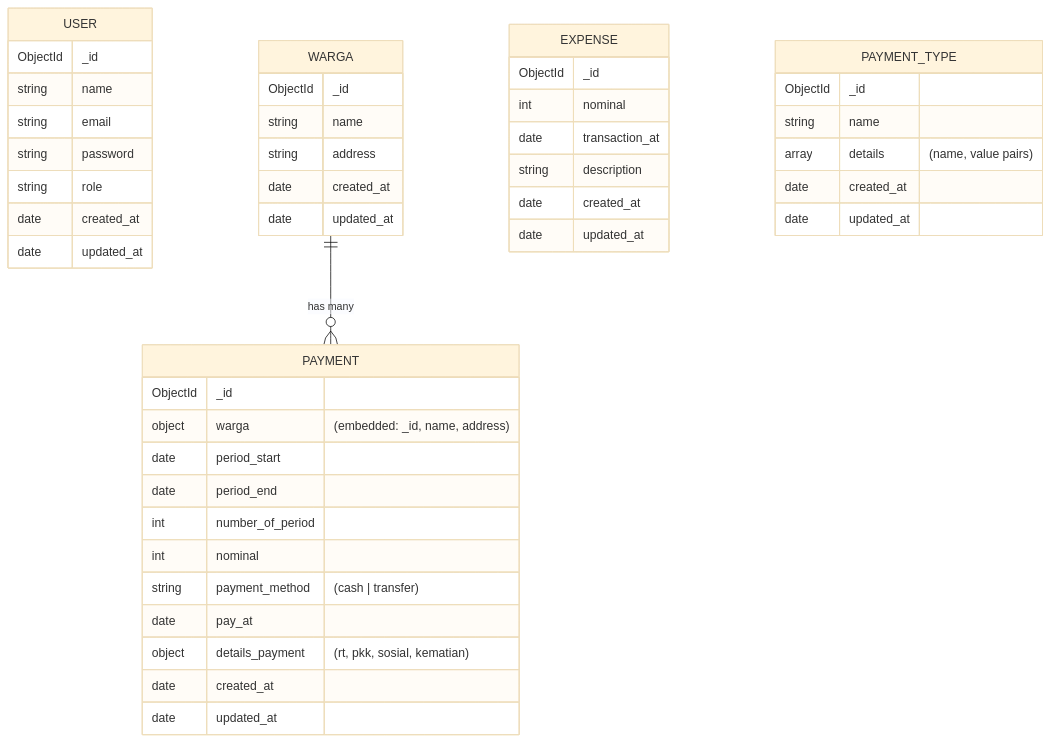
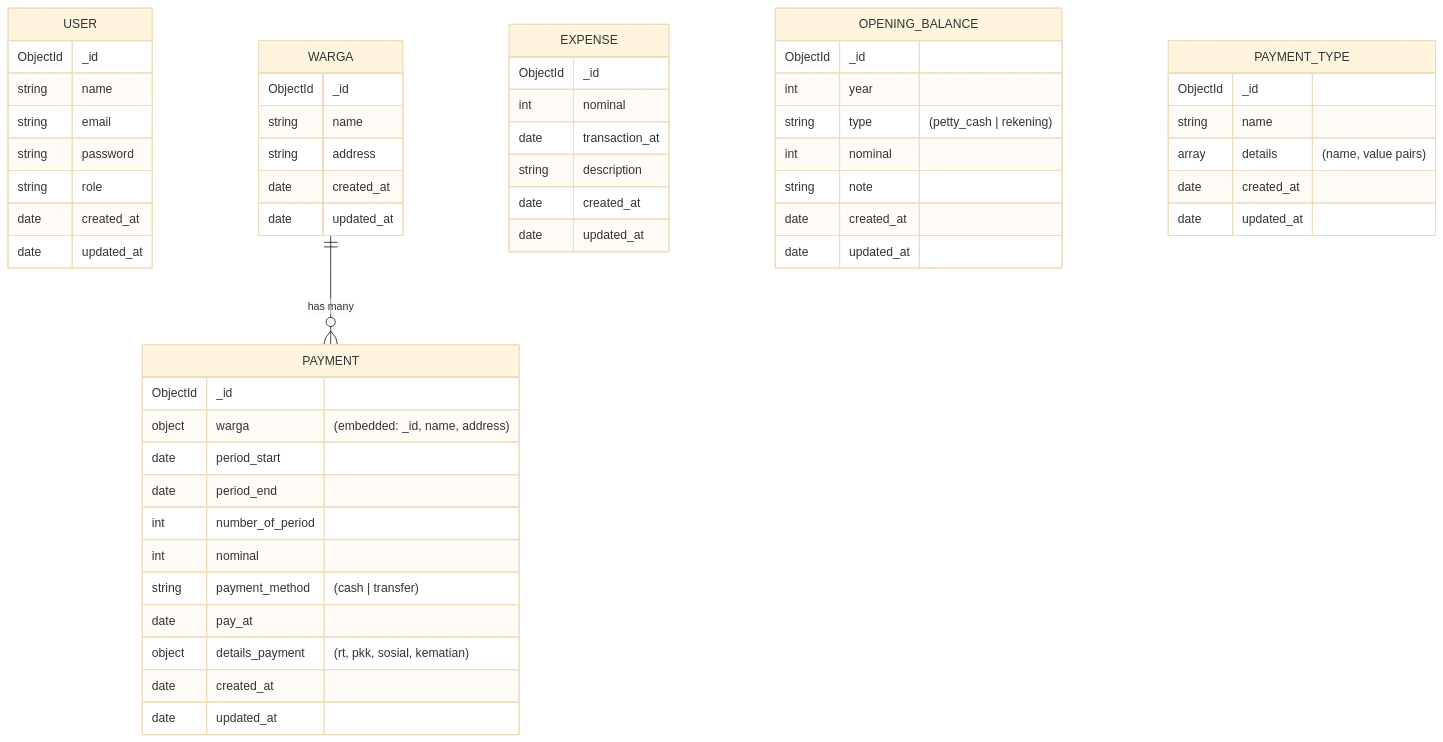
One commit to alkarim99/api-iuran-rt changed the first of 7 diagrams in docs/TECHNICAL_REVIEW.md. Above: the diagram before and after it, drawn with Mermaid (base theme). The commit also changed other lines of this file and 2 other files, not shown here.

````diff
--- a/docs/TECHNICAL_REVIEW.md
+++ b/docs/TECHNICAL_REVIEW.md
@@ -31,48 +31,57 @@
 ```mermaid
 erDiagram
     USER {
         ObjectId _id
         string name
         string email
         string password
         string role
         date created_at
         date updated_at
     }
     WARGA {
         ObjectId _id
         string name
         string address
         date created_at
         date updated_at
     }
     PAYMENT {
         ObjectId _id
         object warga "(embedded: _id, name, address)"
         date period_start
         date period_end
         int number_of_period
         int nominal
         string payment_method "(cash | transfer)"
         date pay_at
         object details_payment "(rt, pkk, sosial, kematian)"
         date created_at
         date updated_at
     }
     EXPENSE {
         ObjectId _id
         int nominal
         date transaction_at
         string description
         date created_at
         date updated_at
     }
+    OPENING_BALANCE {
+        ObjectId _id
+        int year
+        string type "(petty_cash | rekening)"
+        int nominal
+        string note
+        date created_at
+        date updated_at
+    }
     PAYMENT_TYPE {
         ObjectId _id
         string name
         array details "(name, value pairs)"
         date created_at
         date updated_at
     }
     WARGA ||--o{ PAYMENT : "has many"
 ```
````
